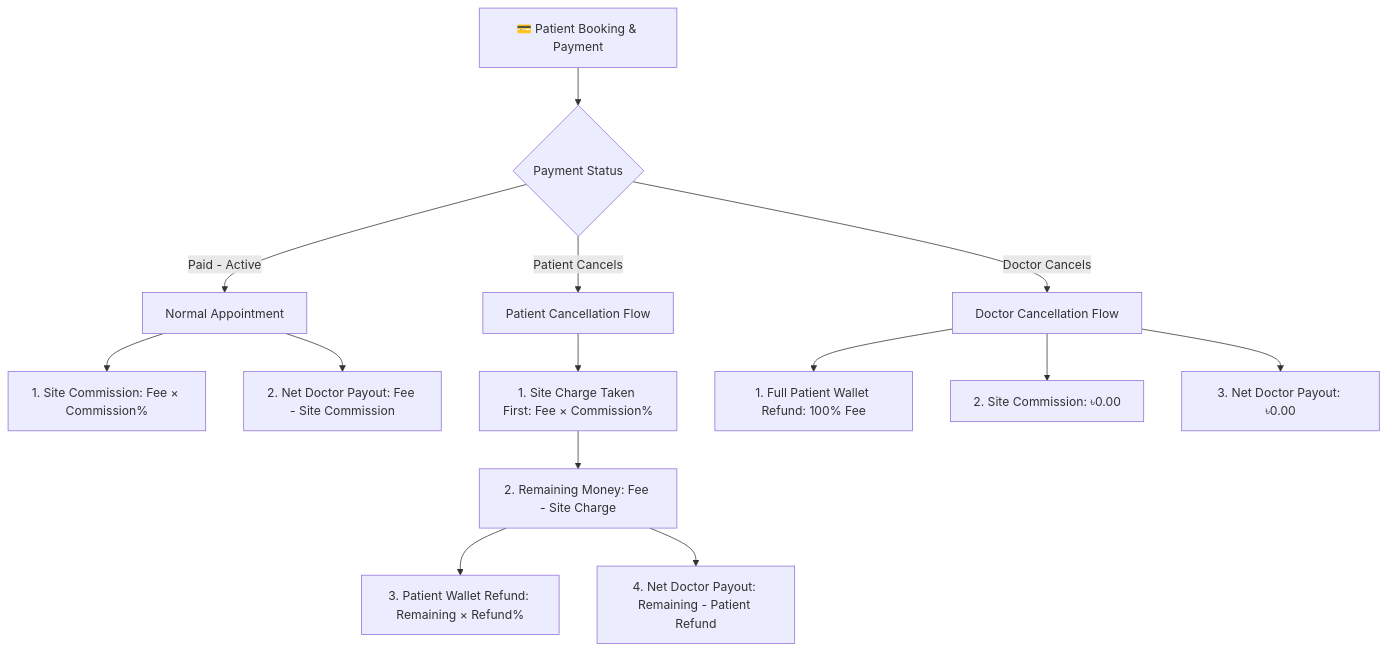
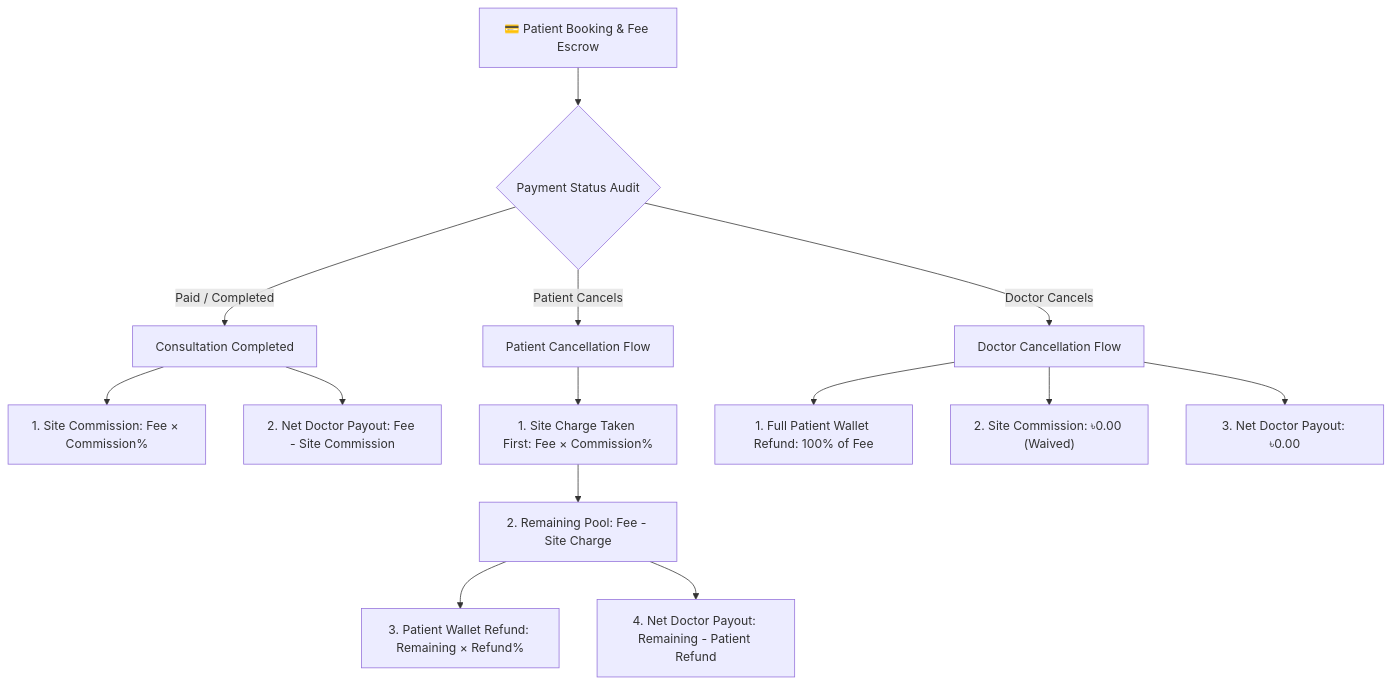
The second of 3 diagrams in README.md (udoydev/CareBride_AI), drawn with Mermaid before and after one commit. The commit also changed other lines of this file, not shown here.

````diff
--- a/README.md
+++ b/README.md
@@ -41,19 +138,19 @@
 ```mermaid
 flowchart TD
-    Booking[💳 Patient Booking & Payment] --> PaymentCheck{Payment Status}
+    Booking["💳 Patient Booking & Fee Escrow"] --> PaymentCheck{"Payment Status Audit"}
     
-    PaymentCheck -->|Paid - Active| NormalFlow[Normal Appointment]
-    NormalFlow --> SiteCharge1[1. Site Commission: Fee × Commission%]
-    NormalFlow --> DocPayout1[2. Net Doctor Payout: Fee - Site Commission]
+    PaymentCheck -->|"Paid / Completed"| NormalFlow["Consultation Completed"]
+    NormalFlow --> SiteCharge1["1. Site Commission: Fee × Commission%"]
+    NormalFlow --> DocPayout1["2. Net Doctor Payout: Fee - Site Commission"]
     
-    PaymentCheck -->|Patient Cancels| PatientCancel[Patient Cancellation Flow]
-    PatientCancel --> SiteCharge2[1. Site Charge Taken First: Fee × Commission%]
-    SiteCharge2 --> Remaining[2. Remaining Money: Fee - Site Charge]
-    Remaining --> PatientRefund[3. Patient Wallet Refund: Remaining × Refund%]
-    Remaining --> DocPayout2[4. Net Doctor Payout: Remaining - Patient Refund]
+    PaymentCheck -->|"Patient Cancels"| PatientCancel["Patient Cancellation Flow"]
+    PatientCancel --> SiteCharge2["1. Site Charge Taken First: Fee × Commission%"]
+    SiteCharge2 --> Remaining["2. Remaining Pool: Fee - Site Charge"]
+    Remaining --> PatientRefund["3. Patient Wallet Refund: Remaining × Refund%"]
+    Remaining --> DocPayout2["4. Net Doctor Payout: Remaining - Patient Refund"]
     
-    PaymentCheck -->|Doctor Cancels| DoctorCancel[Doctor Cancellation Flow]
-    DoctorCancel --> FullRefund[1. Full Patient Wallet Refund: 100% Fee]
-    DoctorCancel --> ZeroSite[2. Site Commission: ৳0.00]
-    DoctorCancel --> ZeroPayout[3. Net Doctor Payout: ৳0.00]
+    PaymentCheck -->|"Doctor Cancels"| DoctorCancel["Doctor Cancellation Flow"]
+    DoctorCancel --> FullRefund["1. Full Patient Wallet Refund: 100% of Fee"]
+    DoctorCancel --> ZeroSite["2. Site Commission: ৳0.00 (Waived)"]
+    DoctorCancel --> ZeroPayout["3. Net Doctor Payout: ৳0.00"]
 ```
````
